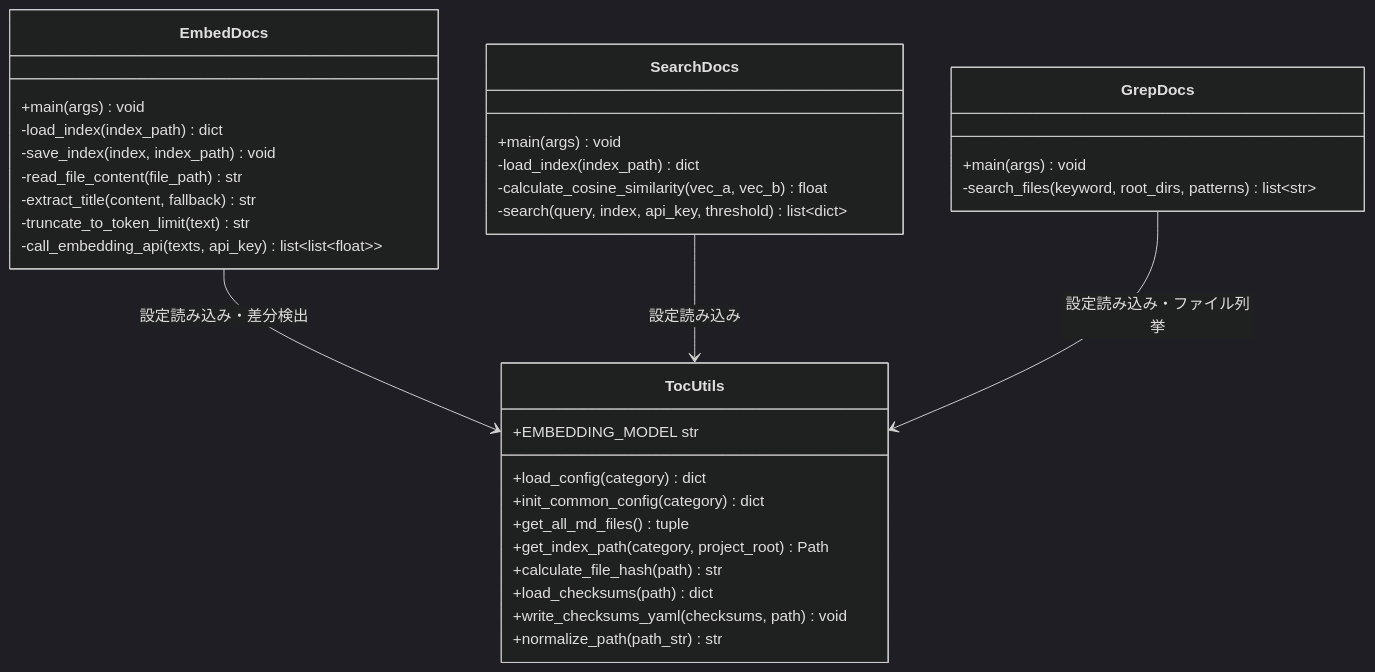
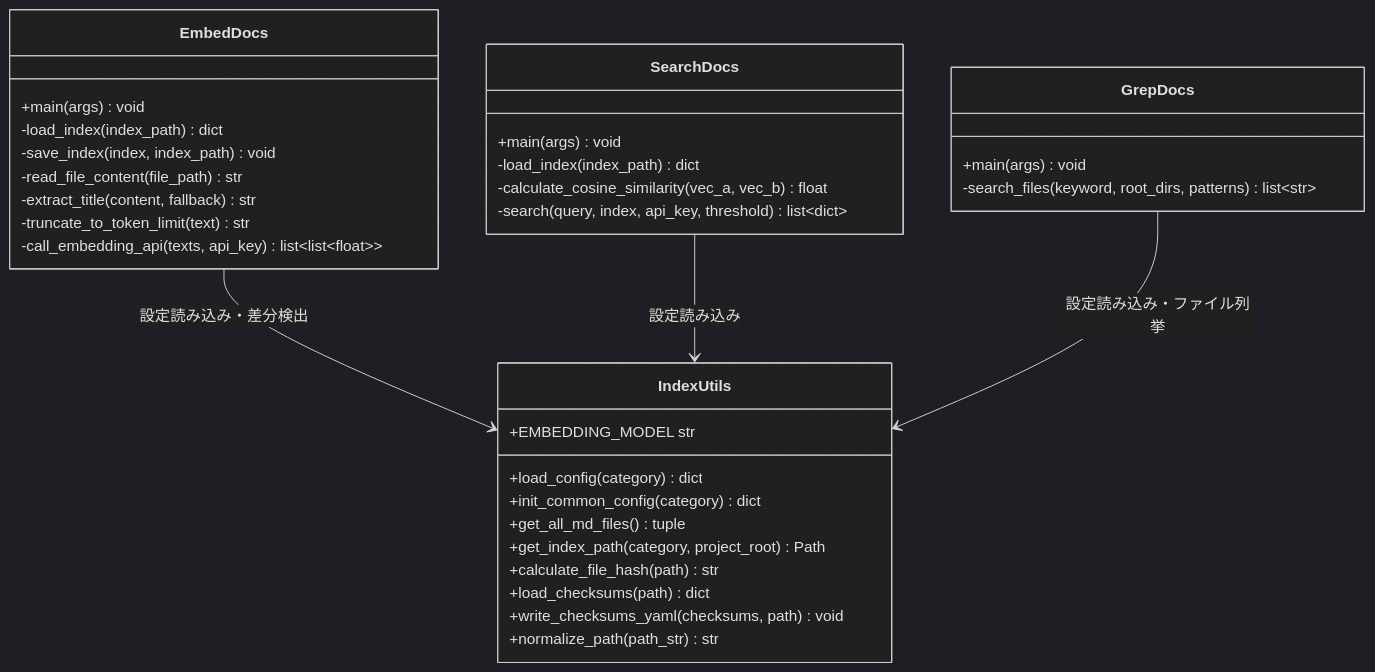
One commit to BlueEventHorizon/bw-cc-plugins changed the second of 5 diagrams in docs/specs/doc-advisor/semantic-query/design/DES-006_semantic_search_design.md. Above: the diagram before and after it, drawn with Mermaid (dark theme). The commit also changed other lines of this file and 26 other files, not shown here.

````diff
--- a/docs/specs/doc-advisor/semantic-query/design/DES-006_semantic_search_design.md
+++ b/docs/specs/doc-advisor/semantic-query/design/DES-006_semantic_search_design.md
@@ -80,40 +80,40 @@
 ```mermaid
 classDiagram
     class EmbedDocs {
         +main(args) void
         -load_index(index_path) dict
         -save_index(index, index_path) void
         -read_file_content(file_path) str
         -extract_title(content, fallback) str
         -truncate_to_token_limit(text) str
         -call_embedding_api(texts, api_key) list~list~float~~
     }
 
     class SearchDocs {
         +main(args) void
         -load_index(index_path) dict
         -calculate_cosine_similarity(vec_a, vec_b) float
         -search(query, index, api_key, threshold) list~dict~
     }
 
     class GrepDocs {
         +main(args) void
         -search_files(keyword, root_dirs, patterns) list~str~
     }
 
-    class TocUtils {
+    class IndexUtils {
         +EMBEDDING_MODEL str
         +load_config(category) dict
         +init_common_config(category) dict
         +get_all_md_files() tuple
         +get_index_path(category, project_root) Path
         +calculate_file_hash(path) str
         +load_checksums(path) dict
         +write_checksums_yaml(checksums, path) void
         +normalize_path(path_str) str
     }
 
-    EmbedDocs --> TocUtils : 設定読み込み・差分検出
-    SearchDocs --> TocUtils : 設定読み込み
-    GrepDocs --> TocUtils : 設定読み込み・ファイル列挙
+    EmbedDocs --> IndexUtils : 設定読み込み・差分検出
+    SearchDocs --> IndexUtils : 設定読み込み
+    GrepDocs --> IndexUtils : 設定読み込み・ファイル列挙
 ```
````
